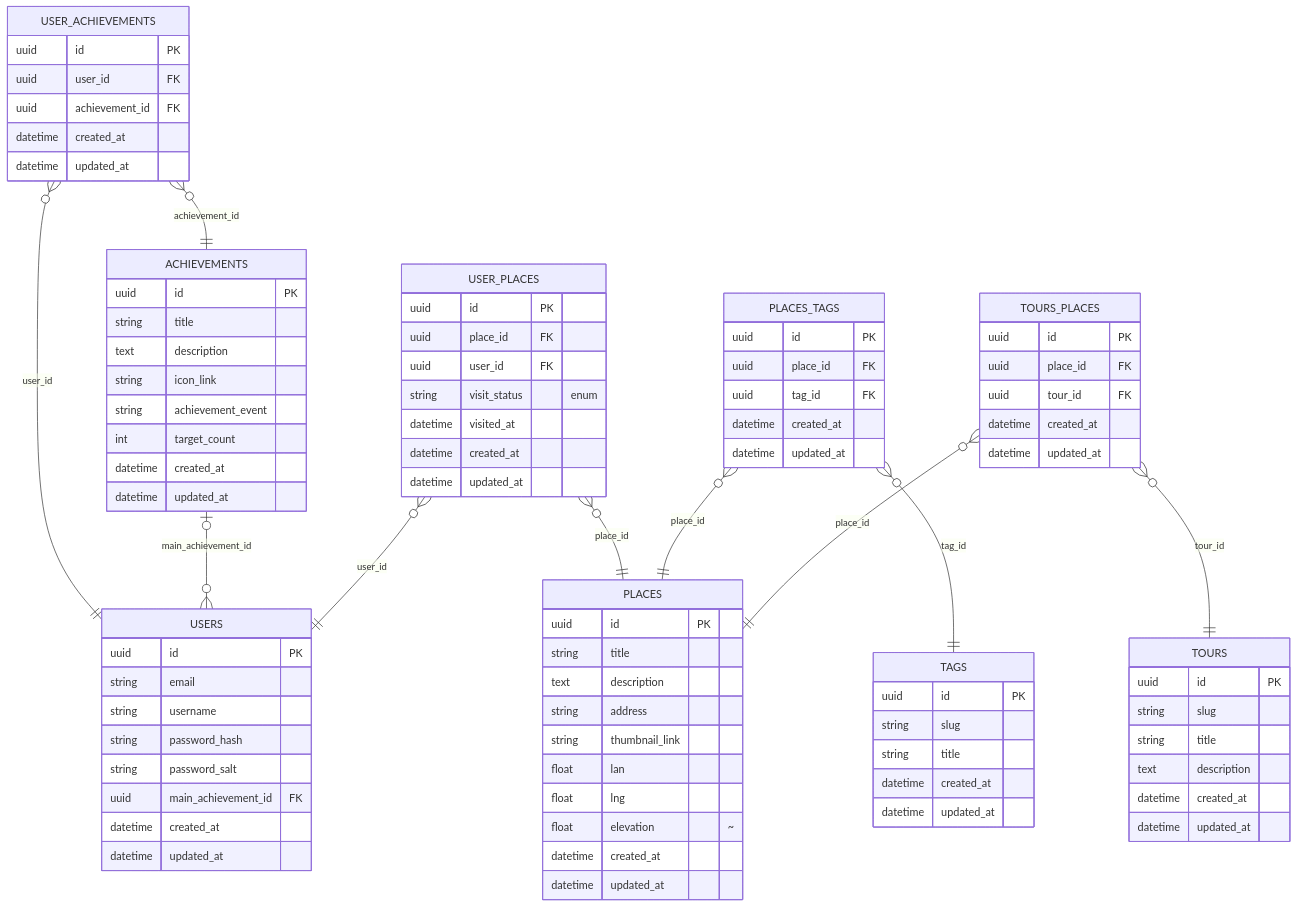
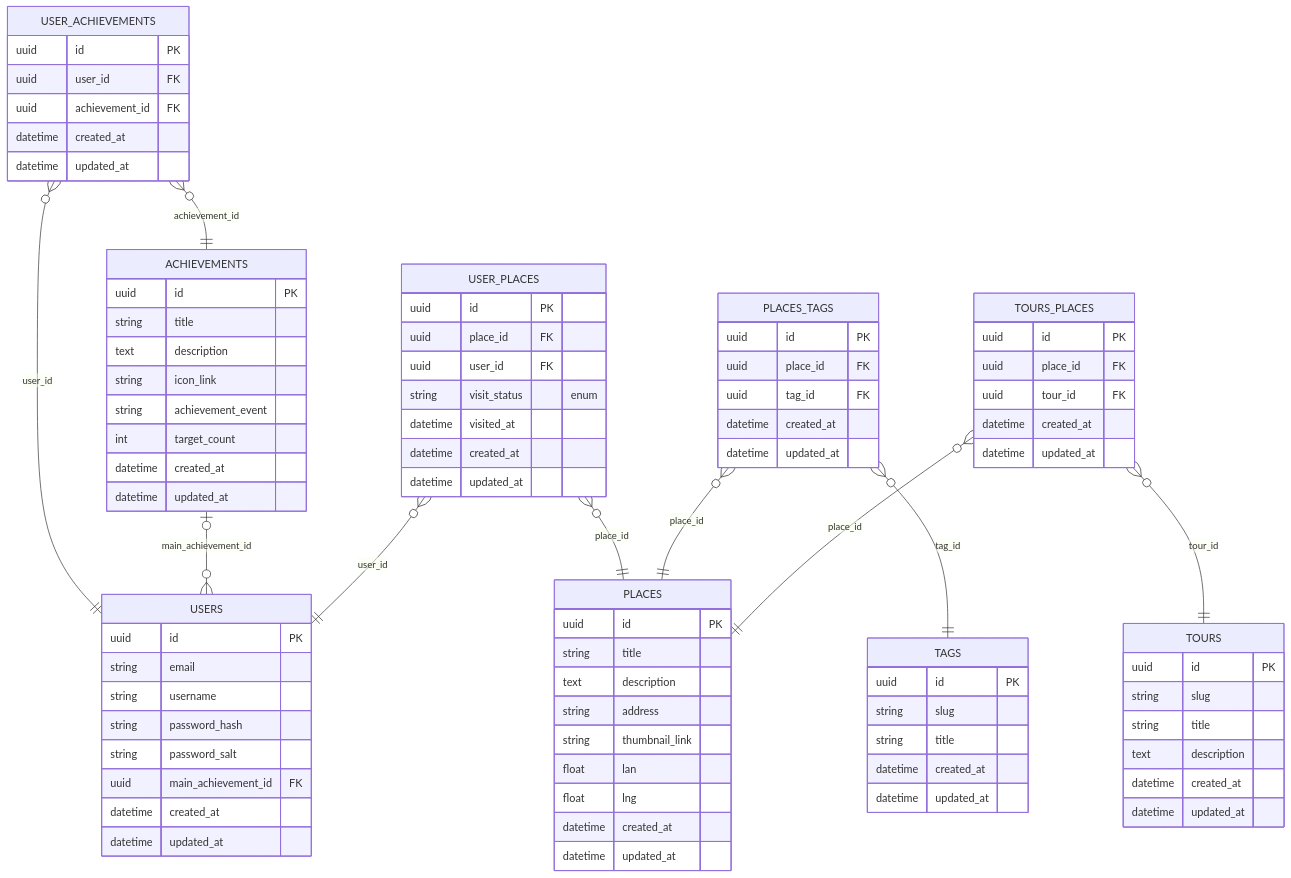
The diagram in readme.md (luiqor/krokwalk), drawn with Mermaid before and after one commit. The commit also changed 7 other files, not shown here.

```diff
--- a/readme.md
+++ b/readme.md
@@ -72,7 +72,6 @@
         string thumbnail_link
         float lan
         float lng
-        float elevation "~"
         datetime created_at
         datetime updated_at
     }
```
